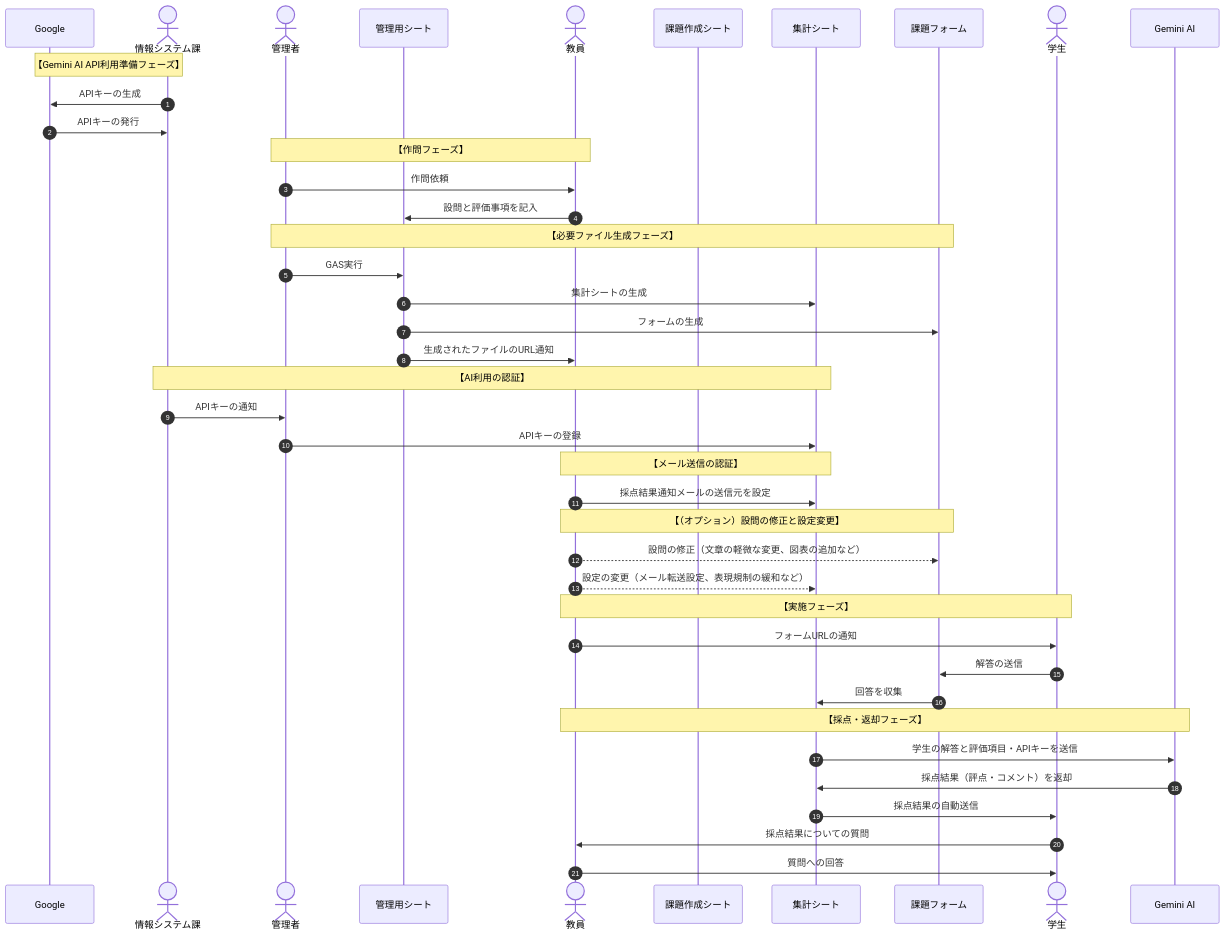
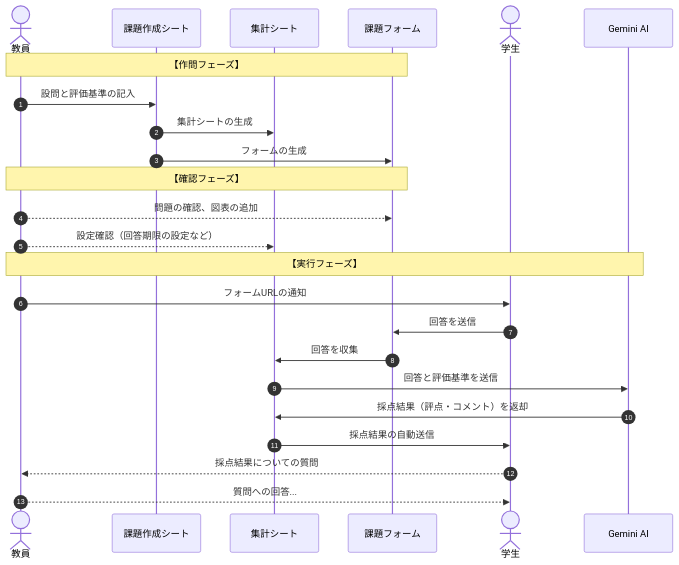
One commit to YujiSue/sAIten changed the fourth of 4 diagrams in README_JA.md. Above: the diagram before and after it, drawn with Mermaid. The commit also changed other lines of this file and 1 other file, not shown here.

````diff
--- a/README_JA.md
+++ b/README_JA.md
@@ -158,52 +85,31 @@
 ```mermaid
 sequenceDiagram
     autonumber
-    participant Google as Google
-    actor KeyAdmin as 情報システム課
-    actor AcAffairs as 管理者
-    participant Manager as 管理用シート
-    actor Teacher as 教員
-    participant Maker as 課題作成シート
+    actor Author as 教員
+    participant Main as 課題作成シート
     participant Score as 集計シート
     participant Form as 課題フォーム
     actor Student as 学生
     participant Gemini as Gemini AI
 
-    Note over KeyAdmin,Google: 【Gemini AI API利用準備フェーズ】
-    KeyAdmin->>Google: APIキーの生成
-    Google->>KeyAdmin: APIキーの発行
-    
-    Note over AcAffairs, Teacher: 【作問フェーズ】
-    AcAffairs->>Teacher: 作問依頼
-    Teacher->>Manager: 設問と評価事項を記入
+    Note over Author, Form: 【作問フェーズ】
+    Author->>Main: 設問と評価基準の記入
+    Main->>Score: 集計シートの生成
+    Main->>Form: フォームの生成
 
-    Note over AcAffairs, Form: 【必要ファイル生成フェーズ】
-    AcAffairs->>Manager: GAS実行
-    Manager->>Score: 集計シートの生成
-    Manager->>Form: フォームの生成
-    Manager->>Teacher: 生成されたファイルのURL通知
+    Note over Author, Form: 【確認フェーズ】
+    Author-->>Form: 問題の確認、図表の追加
+    Author-->>Score: 設定確認（回答期限の設定など）
 
-    Note over KeyAdmin, Score: 【AI利用の認証】
-    KeyAdmin->>AcAffairs: APIキーの通知
-    AcAffairs->>Score: APIキーの登録
-
-    Note over Teacher, Score: 【メール送信の認証】
-    Teacher->>Score: 採点結果通知メールの送信元を設定
-
-    Note over Teacher, Form: 【（オプション）設問の修正と設定変更】
-    Teacher-->>Form: 設問の修正（文章の軽微な変更、図表の追加など）
-    Teacher-->>Score: 設定の変更（メール転送設定、表現規制の緩和など）
-
-    Note over Teacher, Student: 【実施フェーズ】
-    Teacher->>Student: フォームURLの通知
-    Student->>Form: 解答の送信
+    Note over Author,Gemini : 【実行フェーズ】
+    Author->>Student: フォームURLの通知
+    Student->>Form: 回答を送信
     Form->>Score: 回答を収集
-
-    Note over Teacher, Gemini: 【採点・返却フェーズ】
-    Score->>Gemini: 学生の解答と評価項目・APIキーを送信
+    Score->>Gemini: 回答と評価基準を送信
     Gemini->>Score: 採点結果（評点・コメント）を返却
     Score->>Student: 採点結果の自動送信
 
-    Student->>Teacher: 採点結果についての質問
-    Teacher->>Student: 質問への回答
+    Student-->>Author: 採点結果についての質問
+    Author-->>Student: 質問への回答...
+
 ```
````
